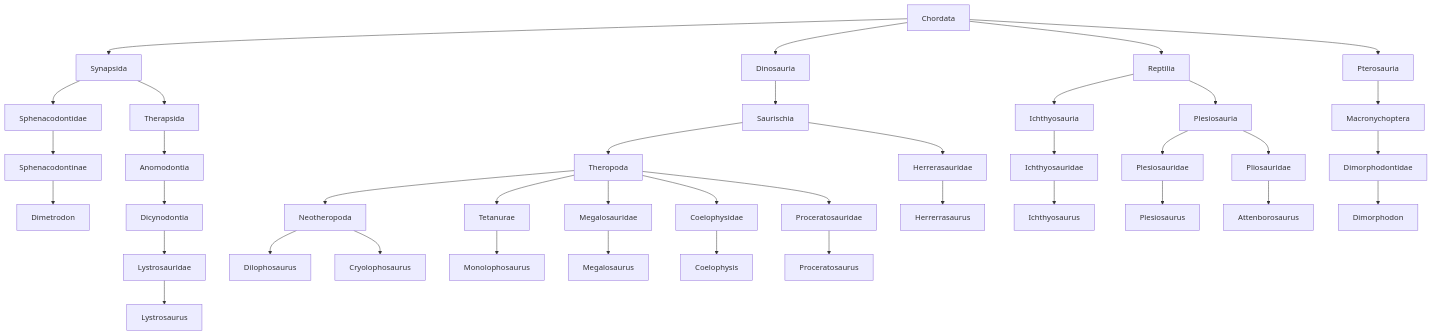
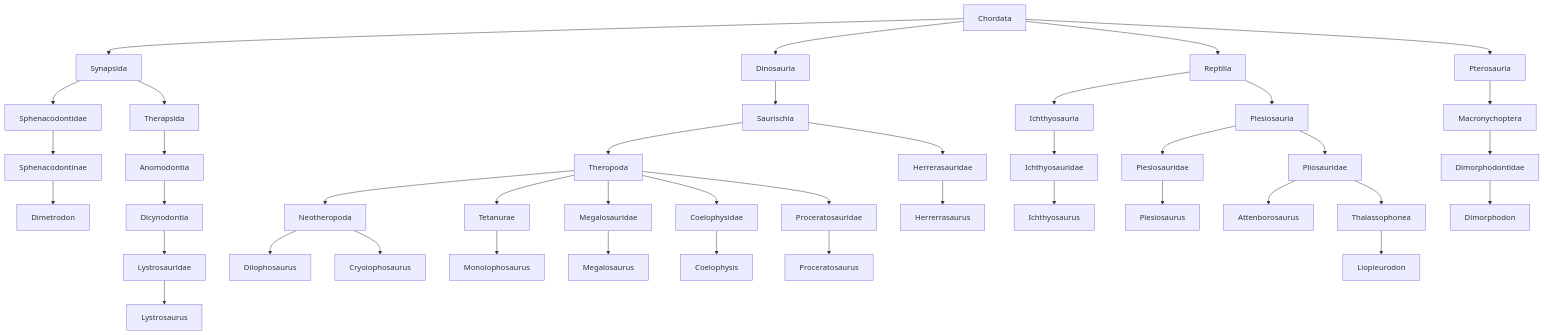
The diagram in readme.md (jackdixonryan/JWE2-Taxonomy), drawn with Mermaid before and after one commit.

Commit message:
Update readme.md
Liopleurodon

````diff
--- a/readme.md
+++ b/readme.md
@@ -3,56 +3,58 @@
 ```mermaid
 graph TD;
 
 Chordata-->Synapsida
 Chordata-->Dinosauria
 Chordata-->Reptilia
 Chordata-->Pterosauria
 
 Synapsida-->Sphenacodontidae
 Synapsida-->Therapsida
 
 Sphenacodontidae-->Sphenacodontinae
 Sphenacodontinae-->Dimetrodon
 
 Therapsida-->Anomodontia
 Anomodontia-->Dicynodontia
 Dicynodontia-->Lystrosauridae
 Lystrosauridae-->Lystrosaurus
 
 Dinosauria-->Saurischia
 
 Saurischia-->Herrerasauridae
 Saurischia-->Theropoda
 
 Theropoda-->Neotheropoda
 Theropoda-->Megalosauridae
 Theropoda-->Coelophysidae
 Theropoda-->Tetanurae
 Theropoda-->Proceratosauridae
 
 Neotheropoda-->Dilophosaurus
 Neotheropoda-->Cryolophosaurus
 
 Tetanurae-->Monolophosaurus
 Herrerasauridae-->Herrerrasaurus
 Megalosauridae-->Megalosaurus
 Coelophysidae-->Coelophysis
 
 Proceratosauridae-->Proceratosaurus
 
 Reptilia-->Ichthyosauria
 Reptilia-->Plesiosauria
 
 Ichthyosauria-->Ichthyosauridae 
 Ichthyosauridae-->Ichthyosaurus
 
 Plesiosauria-->Plesiosauridae 
 Plesiosauria-->Pliosauridae
 
 Plesiosauridae-->Plesiosaurus
 Pliosauridae-->Attenborosaurus
+Pliosauridae-->Thalassophonea
+Thalassophonea-->Liopleurodon
 
 Pterosauria-->Macronychoptera
 Macronychoptera-->Dimorphodontidae 
 Dimorphodontidae-->Dimorphodon
 ```
````
